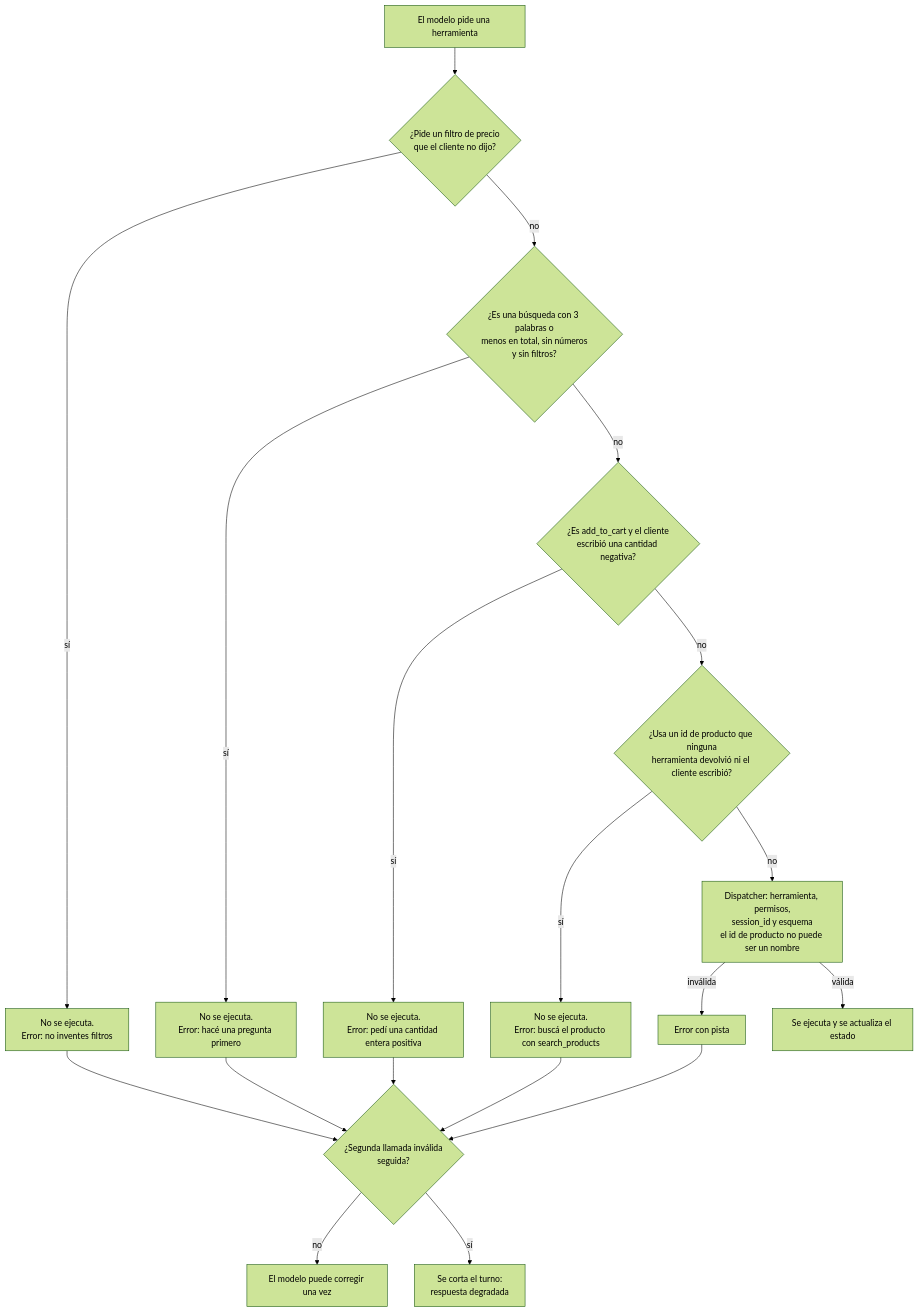
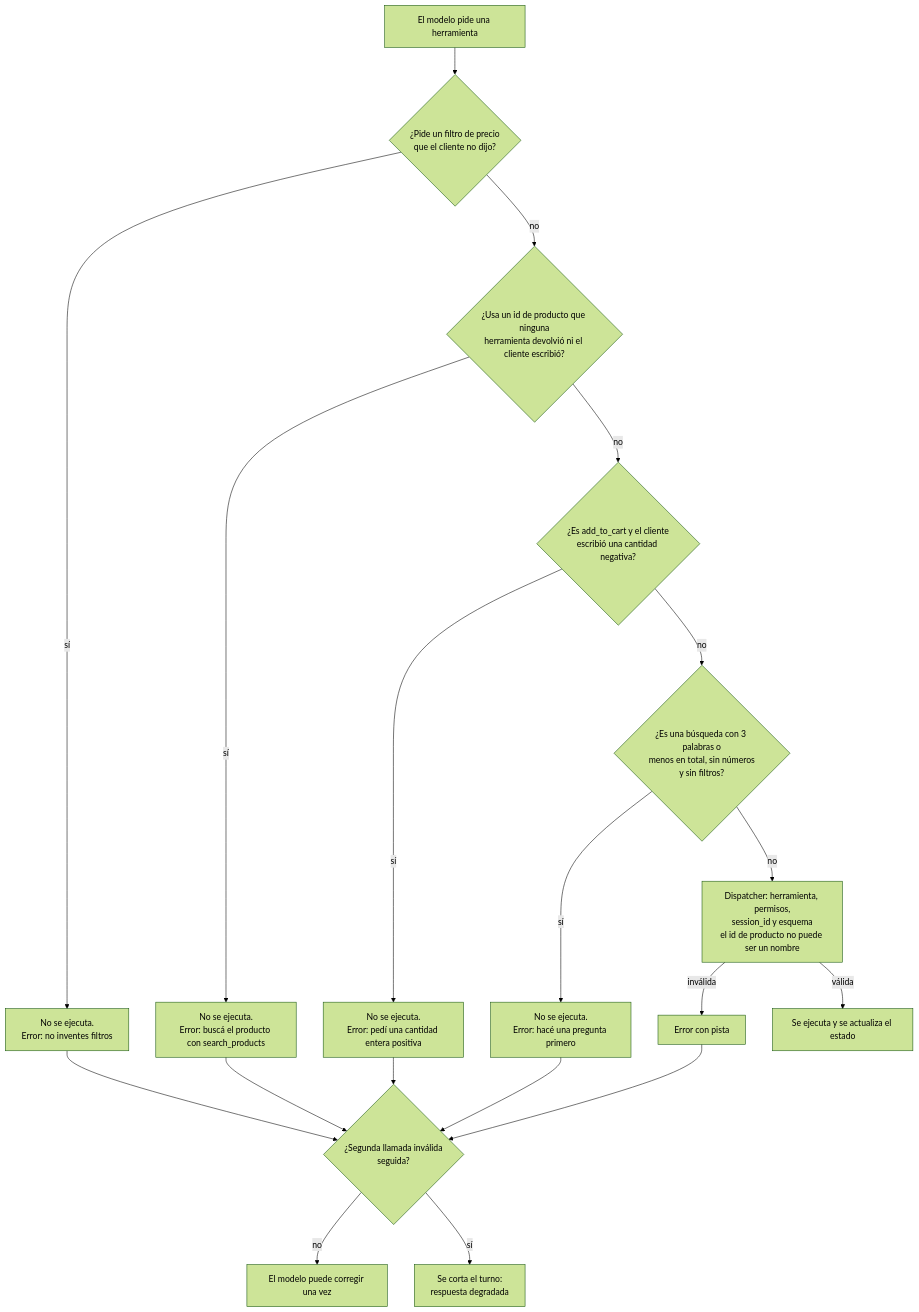
The second of 4 diagrams in docs/diagrams/agent-flow.md (Saikus08/mercanova-ai-assistant), drawn with Mermaid (forest theme) before and after one commit. The commit also changed 1 other file, not shown here.

Commit message:
docs(agent): order the guards in the diagram as the loop runs them (#83)

````diff
--- a/docs/diagrams/agent-flow.md
+++ b/docs/diagrams/agent-flow.md
@@ -45,21 +45,21 @@
 ```mermaid
 flowchart TD
     A[El modelo pide una herramienta] --> B{¿Pide un filtro de precio<br/>que el cliente no dijo?}
     B -- sí --> X1[No se ejecuta.<br/>Error: no inventes filtros]
-    B -- no --> C{¿Es una búsqueda con 3 palabras o<br/>menos en total, sin números<br/>y sin filtros?}
+    B -- no --> C2{¿Usa un id de producto que ninguna<br/>herramienta devolvió ni el cliente escribió?}
+    C2 -- sí --> X4[No se ejecuta.<br/>Error: buscá el producto con search_products]
+    C2 -- no --> C3{¿Es add_to_cart y el cliente<br/>escribió una cantidad negativa?}
+    C3 -- sí --> X5[No se ejecuta.<br/>Error: pedí una cantidad entera positiva]
+    C3 -- no --> C{¿Es una búsqueda con 3 palabras o<br/>menos en total, sin números<br/>y sin filtros?}
     C -- sí --> X2[No se ejecuta.<br/>Error: hacé una pregunta primero]
-    C -- no --> C3{¿Es add_to_cart y el cliente<br/>escribió una cantidad negativa?}
-    C3 -- sí --> X5[No se ejecuta.<br/>Error: pedí una cantidad entera positiva]
-    C3 -- no --> C2{¿Usa un id de producto que ninguna<br/>herramienta devolvió ni el cliente escribió?}
-    C2 -- sí --> X4[No se ejecuta.<br/>Error: buscá el producto con search_products]
-    C2 -- no --> D[Dispatcher: herramienta, permisos,<br/>session_id y esquema<br/>el id de producto no puede ser un nombre]
+    C -- no --> D[Dispatcher: herramienta, permisos,<br/>session_id y esquema<br/>el id de producto no puede ser un nombre]
     D -- inválida --> X3[Error con pista]
     D -- válida --> E[Se ejecuta y se actualiza el estado]
     X1 --> R{¿Segunda llamada inválida<br/>seguida?}
     X2 --> R
     X3 --> R
     X4 --> R
     X5 --> R
     R -- no --> S[El modelo puede corregir una vez]
     R -- sí --> T[Se corta el turno:<br/>respuesta degradada]
 ```
````
